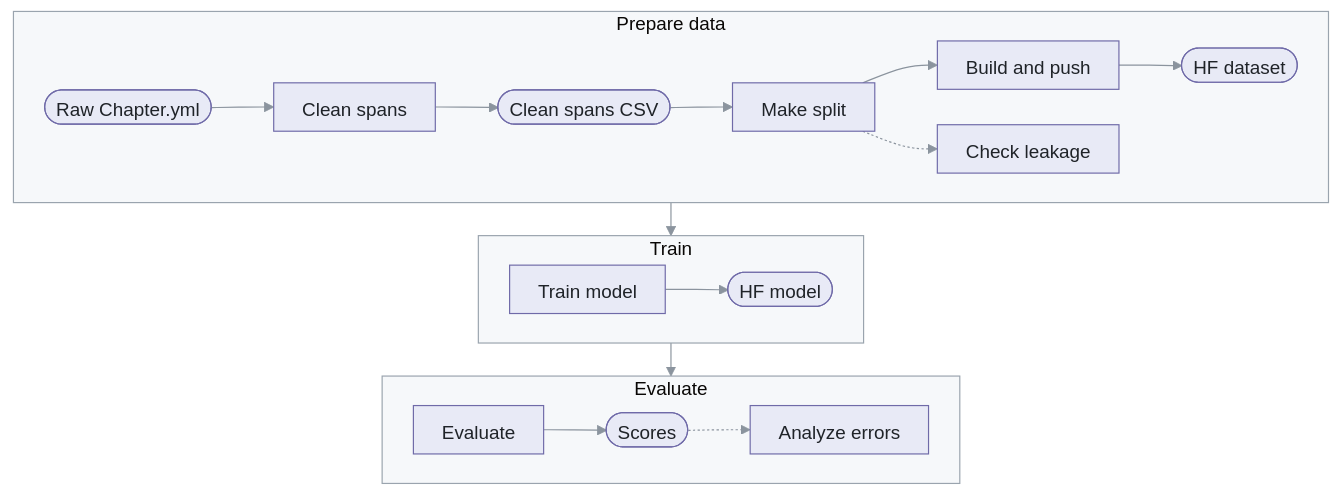
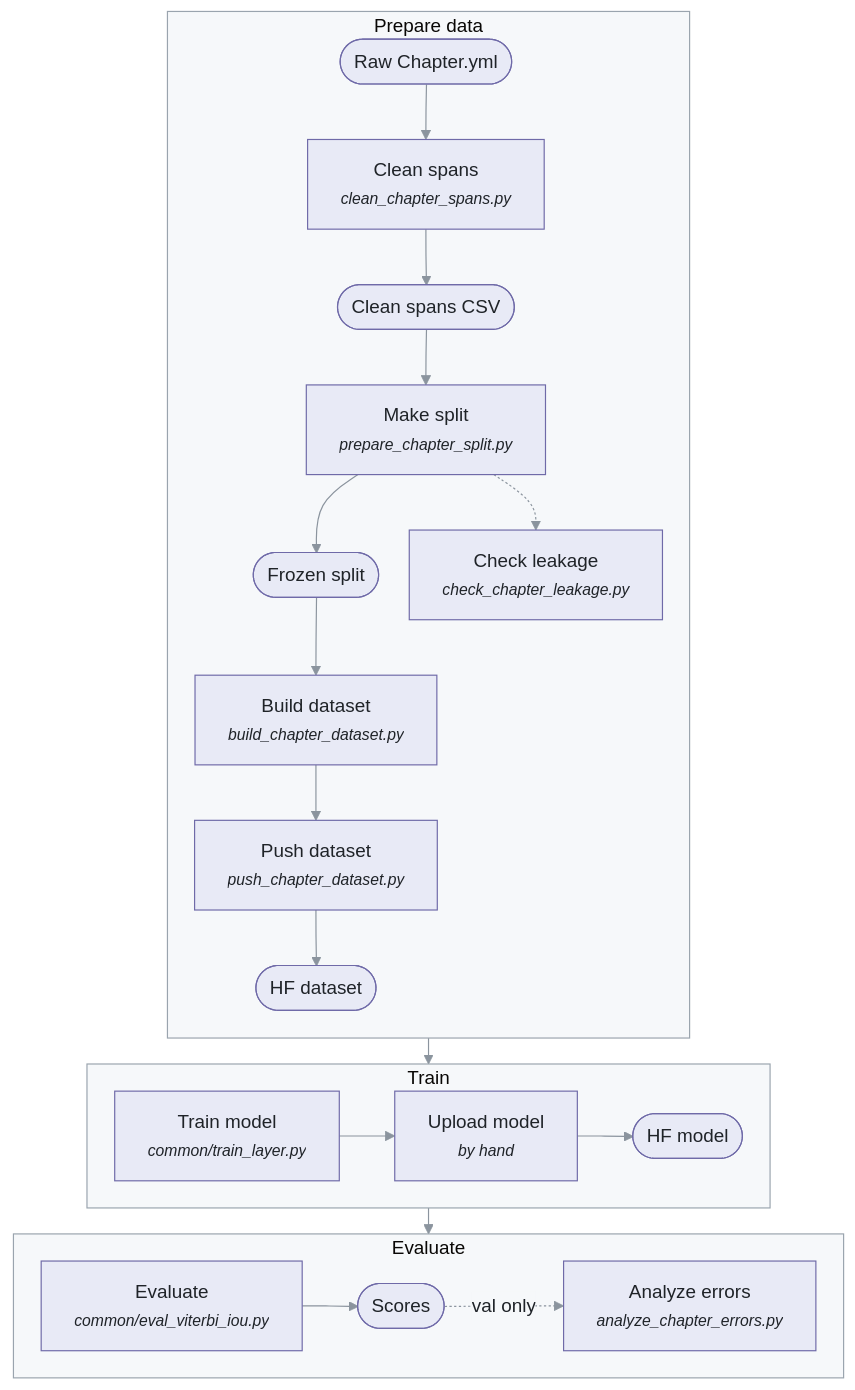
The diagram in chapter/docs/pipeline.mmd (tenzinyonten/tibetan-layer-detection), drawn with Mermaid before and after one commit. The commit also changed 2 other files, not shown here.

Commit message:
chapter: chart shows the script of each step, the frozen split file, and 'val only' on the dashed arrow

```diff
--- a/chapter/docs/pipeline.mmd
+++ b/chapter/docs/pipeline.mmd
@@ -1,22 +1,30 @@
-%%{init: {"theme":"base","themeVariables":{"fontFamily":"Helvetica, Arial, sans-serif","primaryColor":"#e8eaf6","primaryTextColor":"#1f2328","primaryBorderColor":"#6f6aa8","lineColor":"#8b949e","secondaryColor":"#fff8c5","tertiaryColor":"#f6f8fa","clusterBkg":"#f6f8fa","clusterBorder":"#9aa4ae","edgeLabelBackground":"#f6f8fa"},"themeCSS":".cluster-label text, .cluster-label span, .nodeLabel{fill:#1f2328 !important;color:#1f2328 !important}","htmlLabels":false,"flowchart":{"htmlLabels":false,"nodeSpacing":30,"rankSpacing":28,"padding":12}}}%%
+%%{init: {"theme":"base","themeVariables":{"fontFamily":"Helvetica, Arial, sans-serif","primaryColor":"#e8eaf6","primaryTextColor":"#1f2328","primaryBorderColor":"#6f6aa8","lineColor":"#8b949e","secondaryColor":"#fff8c5","tertiaryColor":"#f6f8fa","clusterBkg":"#f6f8fa","clusterBorder":"#9aa4ae","edgeLabelBackground":"#f6f8fa"},"themeCSS":".cluster-label text, .cluster-label span, .nodeLabel, .edgeLabel{fill:#1f2328 !important;color:#1f2328 !important}","flowchart":{"nodeSpacing":26,"rankSpacing":22,"padding":14}}}%%
 flowchart TD
   subgraph PREP["Prepare data"]
-    direction LR
-    F1(["Raw Chapter.yml"]) --> S1["Clean spans"]
+    direction TB
+    F1(["Raw Chapter.yml"]) --> S1
     S1 --> F2(["Clean spans CSV"])
-    F2 --> S2["Make split"]
-    S2 --> S3["Build and push"]
-    S3 --> F4(["HF dataset"])
-    S2 -.-> L["Check leakage"]
+    F2 --> S2
+    S2 --> F3(["Frozen split"])
+    F3 --> S3
+    S3 --> S4
+    S4 --> F4(["HF dataset"])
+    S2 -.-> L
+    S1["Clean spans<br/><small><i>clean_chapter_spans.py</i></small>"]
+    S2["Make split<br/><small><i>prepare_chapter_split.py</i></small>"]
+    S3["Build dataset<br/><small><i>build_chapter_dataset.py</i></small>"]
+    S4["Push dataset<br/><small><i>push_chapter_dataset.py</i></small>"]
+    L["Check leakage<br/><small><i>check_chapter_leakage.py</i></small>"]
   end
   subgraph TRAIN["Train"]
     direction LR
-    S4["Train model"] --> F5(["HF model"])
+    S5["Train model<br/><small><i>common/train_layer.py</i></small>"] --> S6["Upload model<br/><small><i>by hand</i></small>"]
+    S6 --> F5(["HF model"])
   end
   subgraph EVAL["Evaluate"]
     direction LR
-    S5["Evaluate"] --> F6(["Scores"])
-    F6 -.-> A["Analyze errors"]
+    S7["Evaluate<br/><small><i>common/eval_viterbi_iou.py</i></small>"] --> F6(["Scores"])
+    F6 -. "val only" .-> A["Analyze errors<br/><small><i>analyze_chapter_errors.py</i></small>"]
   end
   PREP --> TRAIN
   TRAIN --> EVAL
```
